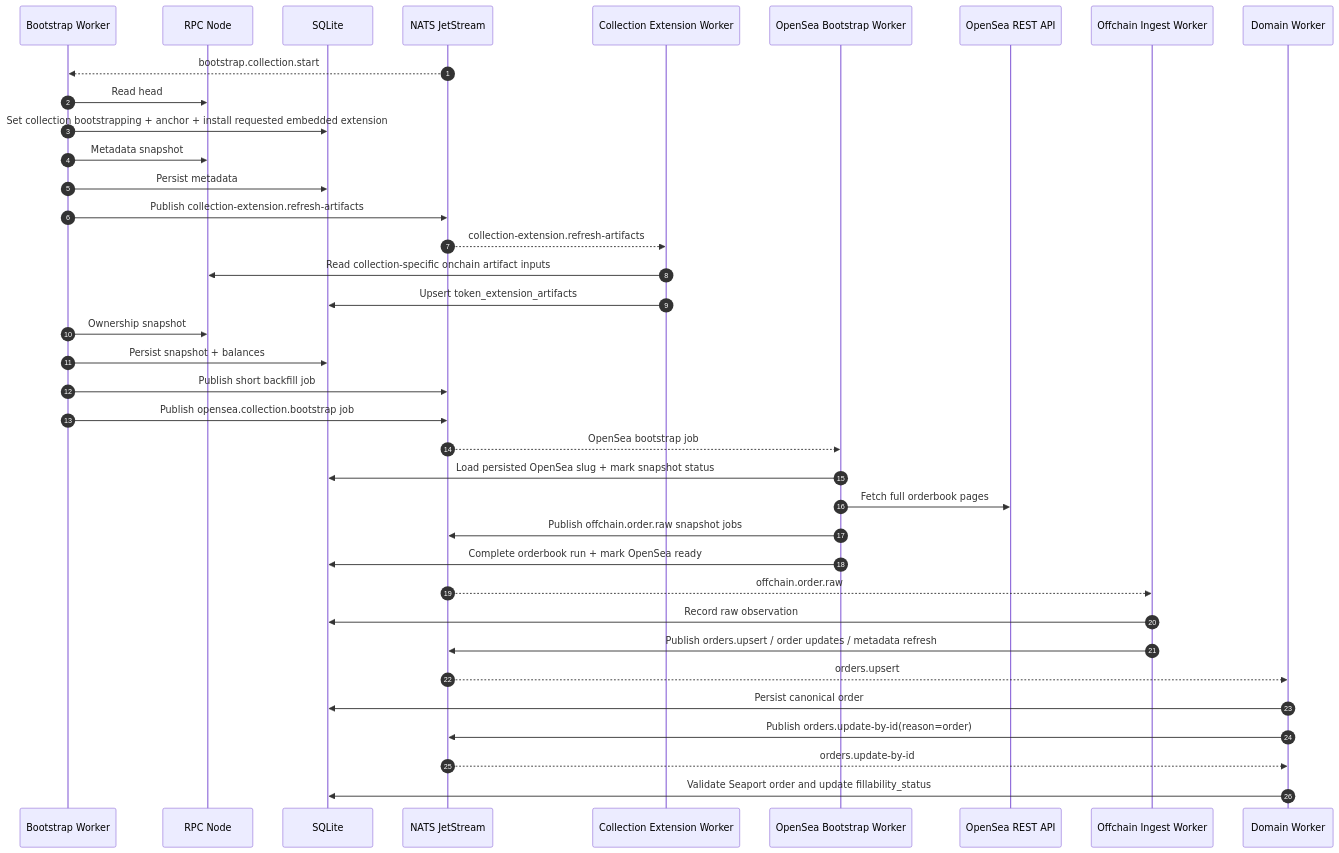
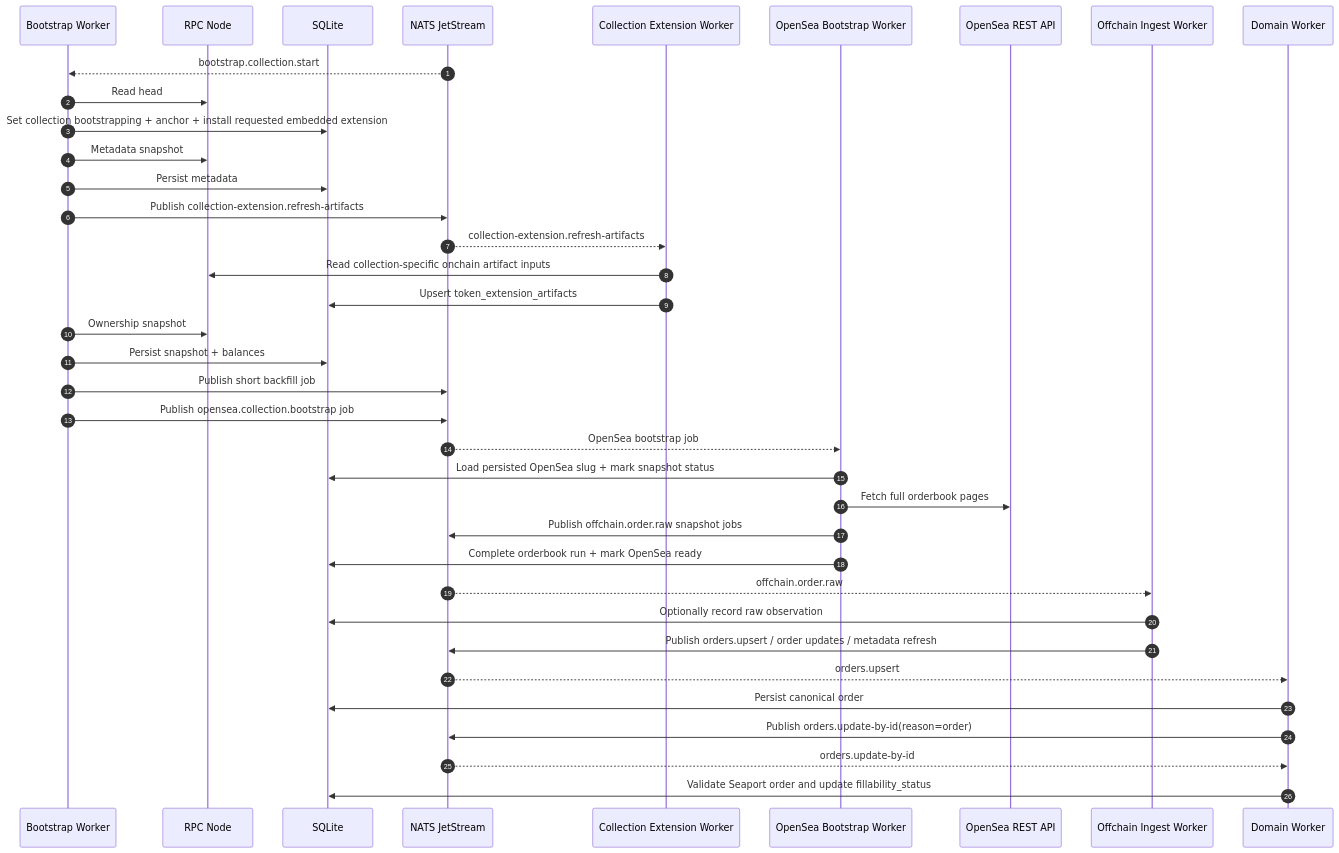
The second of 4 diagrams in docs/indexer/13-sequence-diagrams.md (d347h-eth/artgod), drawn with Mermaid before and after one commit. The commit also changed other lines of this file and 9 other files, not shown here.

````diff
--- a/docs/indexer/13-sequence-diagrams.md
+++ b/docs/indexer/13-sequence-diagrams.md
@@ -35,43 +35,43 @@
 ```mermaid
 sequenceDiagram
     autonumber
     participant Bootstrap as Bootstrap Worker
     participant RPC as RPC Node
     participant DB as SQLite
     participant NATS as NATS JetStream
     participant Ext as Collection Extension Worker
     participant OSBoot as OpenSea Bootstrap Worker
     participant OSAPI as OpenSea REST API
     participant Offchain as Offchain Ingest Worker
     participant Domain as Domain Worker
 
     NATS-->>Bootstrap: bootstrap.collection.start
     Bootstrap->>RPC: Read head
     Bootstrap->>DB: Set collection bootstrapping + anchor + install requested embedded extension
     Bootstrap->>RPC: Metadata snapshot
     Bootstrap->>DB: Persist metadata
     Bootstrap->>NATS: Publish collection-extension.refresh-artifacts
     NATS-->>Ext: collection-extension.refresh-artifacts
     Ext->>RPC: Read collection-specific onchain artifact inputs
     Ext->>DB: Upsert token_extension_artifacts
     Bootstrap->>RPC: Ownership snapshot
     Bootstrap->>DB: Persist snapshot + balances
     Bootstrap->>NATS: Publish short backfill job
     Bootstrap->>NATS: Publish opensea.collection.bootstrap job
 
     NATS-->>OSBoot: OpenSea bootstrap job
     OSBoot->>DB: Load persisted OpenSea slug + mark snapshot status
     OSBoot->>OSAPI: Fetch full orderbook pages
     OSBoot->>NATS: Publish offchain.order.raw snapshot jobs
     OSBoot->>DB: Complete orderbook run + mark OpenSea ready
 
     NATS-->>Offchain: offchain.order.raw
-    Offchain->>DB: Record raw observation
+    Offchain->>DB: Optionally record raw observation
     Offchain->>NATS: Publish orders.upsert / order updates / metadata refresh
 
     NATS-->>Domain: orders.upsert
     Domain->>DB: Persist canonical order
     Domain->>NATS: Publish orders.update-by-id(reason=order)
     NATS-->>Domain: orders.update-by-id
     Domain->>DB: Validate Seaport order and update fillability_status
 ```
````
